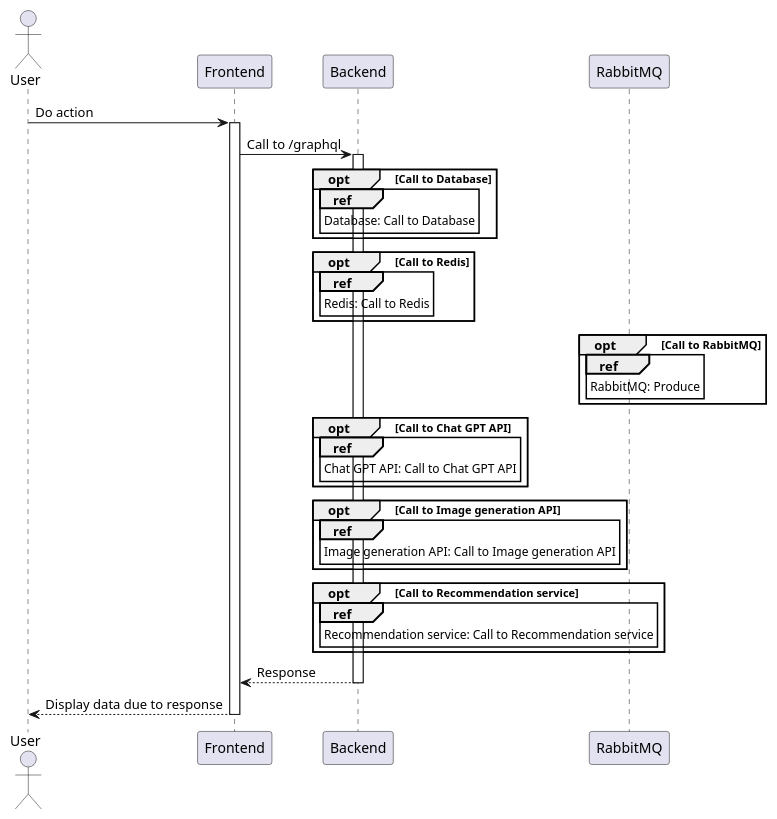
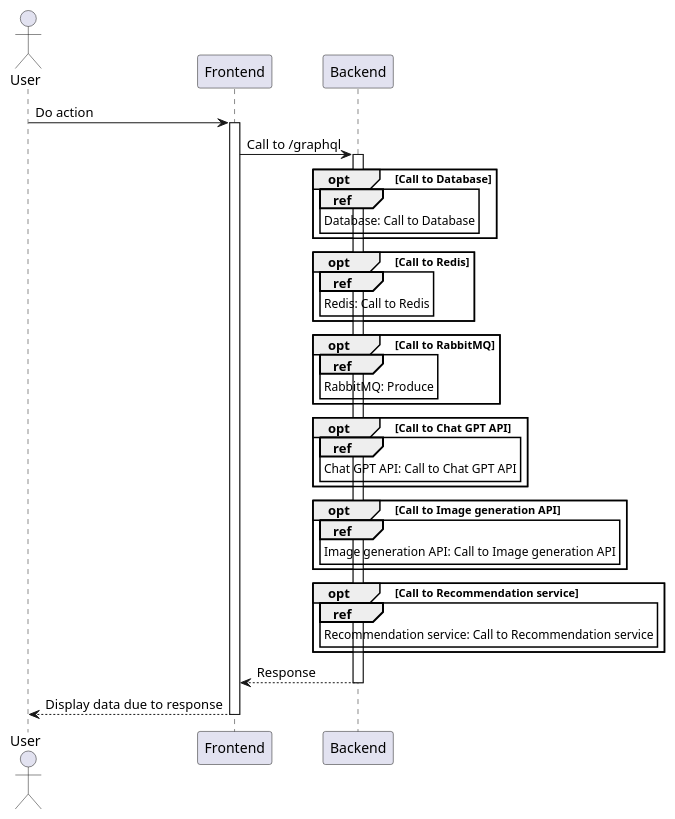
One commit to kambed/FoodzillaArchitecture changed the first of 6 diagrams in SequenceDiagrams.md. Above: the diagram before and after it, drawn with PlantUML. The commit also changed other lines of this file and 4 other files, not shown here.

Commit message:
Update sequence diagrams

````diff
--- a/SequenceDiagrams.md
+++ b/SequenceDiagrams.md
@@ -3,44 +3,44 @@
 ```plantuml
 @startuml
 actor User
 participant Frontend
 participant Backend
 
 User -> Frontend: Do action
 activate Frontend
 Frontend -> Backend: Call to /graphql
 activate Backend
 opt Call to Database
     ref over Backend
         Database: Call to Database
     end
 end
 opt Call to Redis
     ref over Backend
         Redis: Call to Redis
     end
 end
 opt Call to RabbitMQ
-    ref over RabbitMQ
+    ref over Backend
         RabbitMQ: Produce
     end
 end
 opt Call to Chat GPT API
     ref over Backend
         Chat GPT API: Call to Chat GPT API
     end
 end
 opt Call to Image generation API
     ref over Backend
         Image generation API: Call to Image generation API
     end
 end
 opt Call to Recommendation service
     ref over Backend
         Recommendation service: Call to Recommendation service
     end
 end
 return Response
 return Display data due to response
 @enduml
 ```
````
